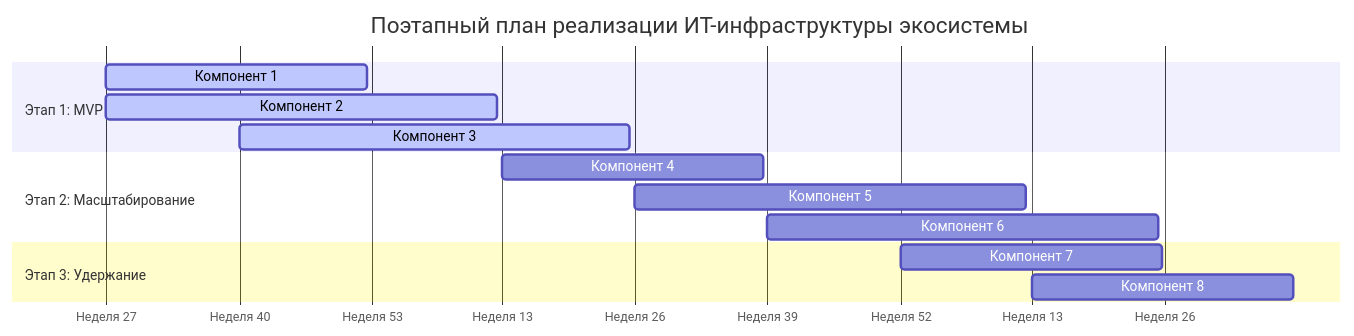
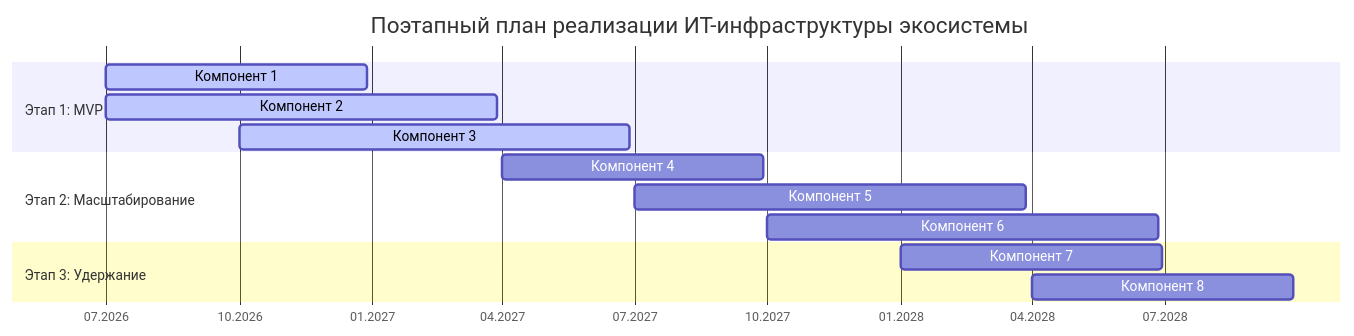
The diagram in stage-1-concept/06-implementation-order.md (Maksim-Burning-Inside/Sports-app-architecture), drawn with Mermaid before and after one commit.

````diff
--- a/stage-1-concept/06-implementation-order.md
+++ b/stage-1-concept/06-implementation-order.md
@@ -11,21 +11,21 @@
 ```mermaid
 gantt
     title Поэтапный план реализации ИТ-инфраструктуры экосистемы
     dateFormat  YYYY-MM-DD
-    axisFormat Неделя %V
+    axisFormat %m.%Y
     todayMarker off
 
     section Этап 1: MVP
     Компонент 1 :active, t1, 2026-07-01, 180d
     Компонент 2 :active, t2, 2026-07-01, 270d
     Компонент 3 :active, t3, 2026-10-01, 270d
 
     section Этап 2: Масштабирование
     Компонент 4 : t4, 2027-04-01, 180d
     Компонент 5 : t5, 2027-07-01, 270d
     Компонент 6 : t6, 2027-10-01, 270d
 
     section Этап 3: Удержание
     Компонент 7 : t7, 2028-01-01, 180d
     Компонент 8 : t8, 2028-04-01, 180d
 ```
````
